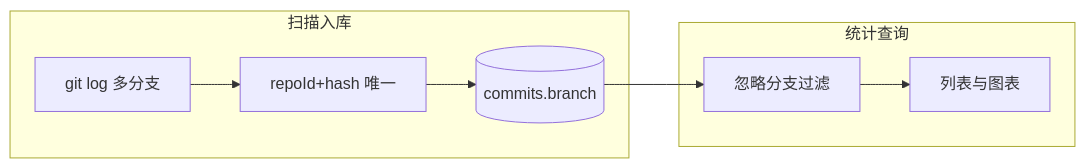
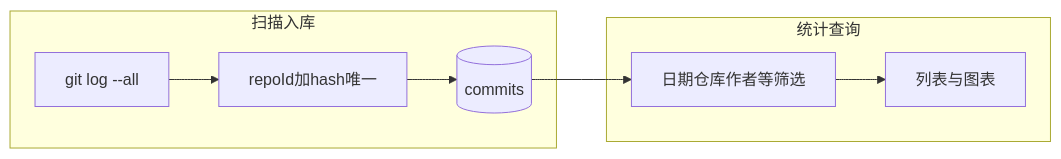
Before and after one commit to Jsmond2016/coding-history: the diagram in docs/requirements.md, drawn with Mermaid. The commit also changed other lines of this file and 9 other files, not shown here.

Commit message:
feat(scan): 全图 Git 扫描入库，取消忽略分支统计过滤，纳入 merge 提交以支持工时推算

````diff
--- a/docs/requirements.md
+++ b/docs/requirements.md
@@ -374,14 +377,14 @@
 ```mermaid
 flowchart LR
   subgraph ingest [扫描入库]
-    GitLog["git log 多分支"]
-    Dedup["repoId+hash 唯一"]
-    DB[(commits.branch)]
+    GitLog["git log --all"]
+    Dedup["repoId加hash唯一"]
+    DB[(commits)]
   end
   subgraph query [统计查询]
-    Filter[忽略分支过滤]
+    Filter[日期仓库作者等筛选]
     UI[列表与图表]
   end
   GitLog --> Dedup --> DB
   DB --> Filter --> UI
 ```
````
